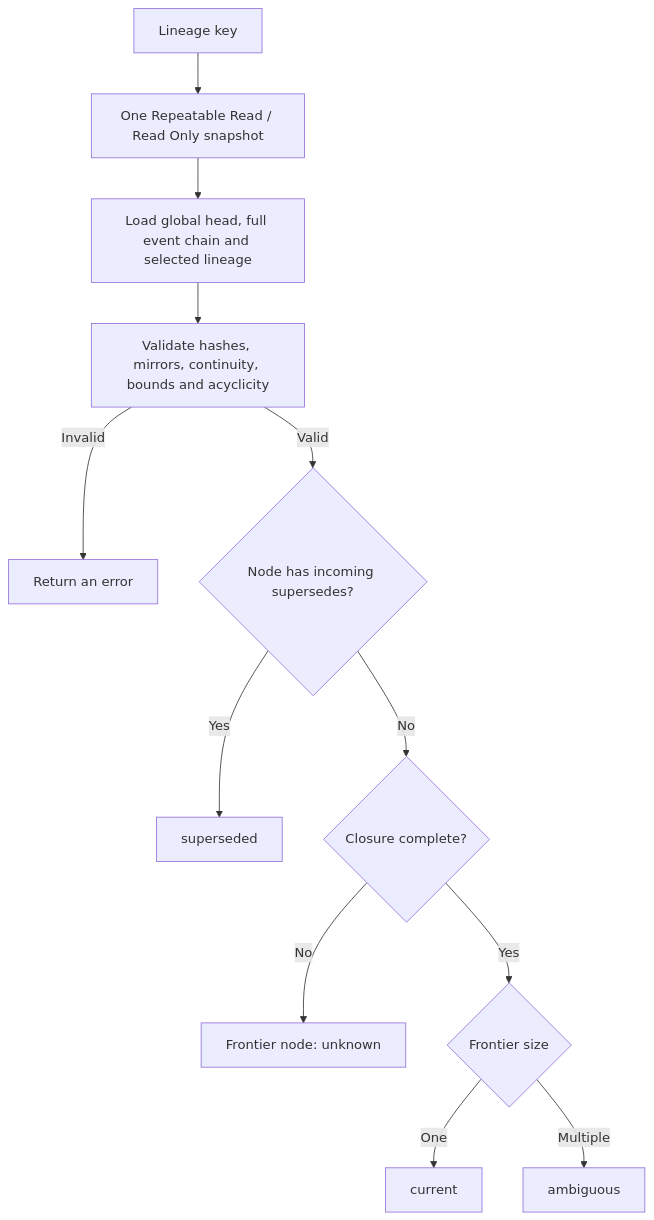
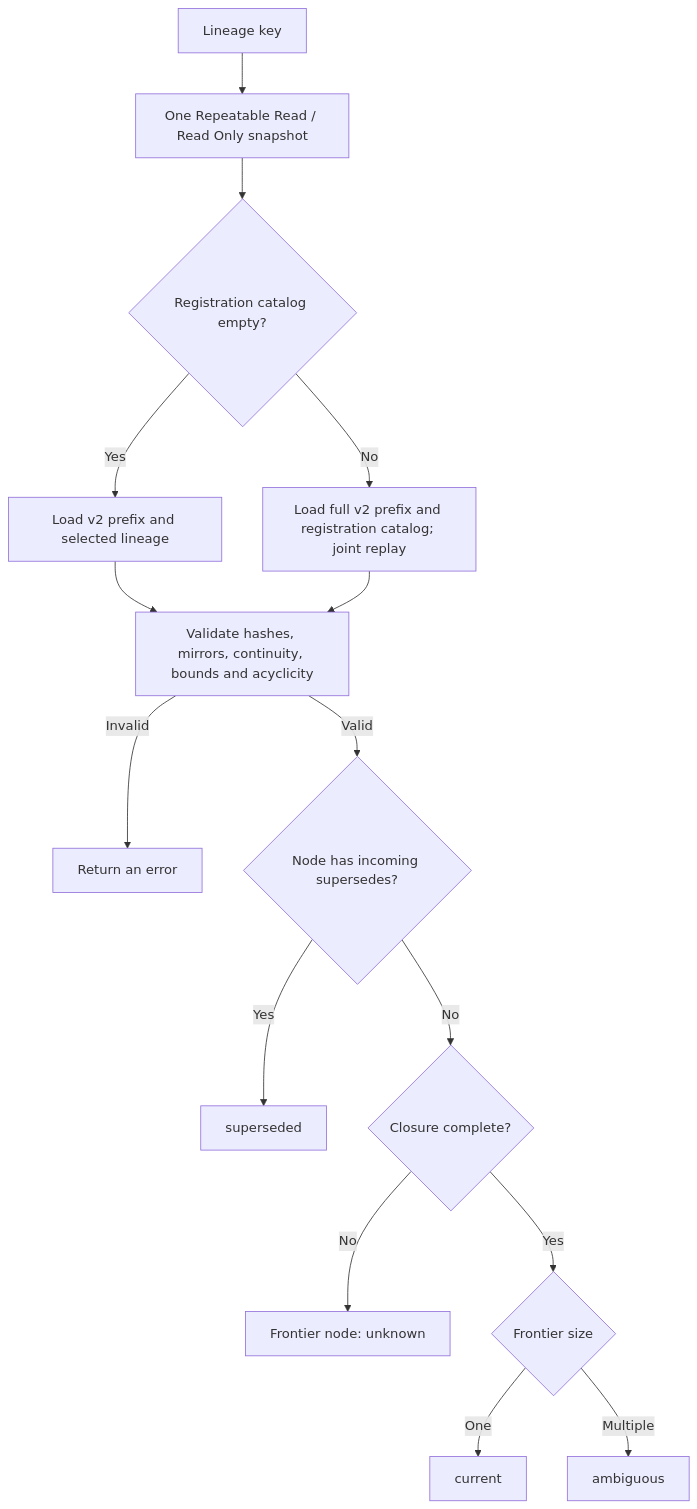
The sixth of 7 diagrams in docs/SYSTEM_DESIGN.md (Yui-Qi-Tang/ahe-mcp), drawn with Mermaid before and after one commit. The commit also changed other lines of this file and 14 other files, not shown here.

First line of the commit message:
docs: align schema 60 guidance and agent responsibilities

````diff
--- a/docs/SYSTEM_DESIGN.md
+++ b/docs/SYSTEM_DESIGN.md
@@ -495,14 +542,17 @@
 ```mermaid
 flowchart TD
     Q["Lineage key"] --> R["One Repeatable Read / Read Only snapshot"]
-    R --> L["Load global head, full event chain and selected lineage"]
+    R --> A{"Registration catalog empty?"}
+    A -->|Yes| L["Load v2 prefix and selected lineage"]
+    A -->|No| J["Load full v2 prefix and registration catalog; joint replay"]
     L --> V["Validate hashes, mirrors, continuity, bounds and acyclicity"]
+    J --> V
     V -->|Invalid| E["Return an error"]
     V -->|Valid| N{"Node has incoming supersedes?"}
     N -->|Yes| S["superseded"]
     N -->|No| C{"Closure complete?"}
     C -->|No| U["Frontier node: unknown"]
     C -->|Yes| F{"Frontier size"}
     F -->|One| X["current"]
     F -->|Multiple| B["ambiguous"]
 ```
````
